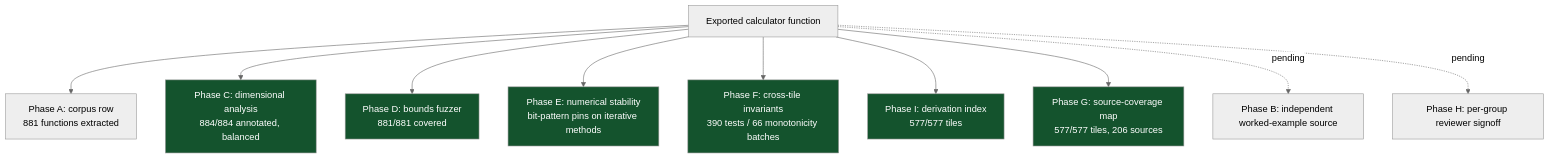
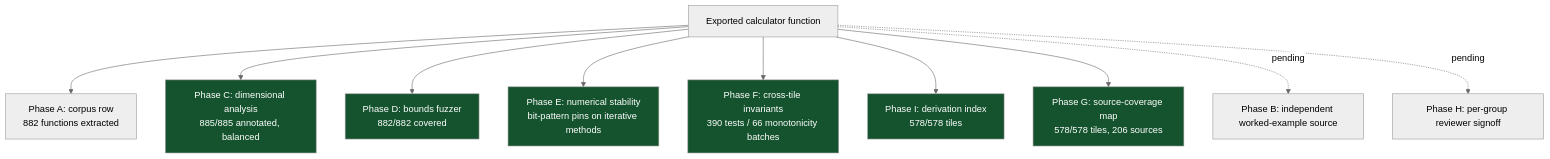
One commit to clay-good/roughlogic.com changed the fourth of 6 diagrams in README.md. Above: the diagram before and after it, drawn with Mermaid (neutral theme). The commit also changed other lines of this file and 16 other files, not shown here.

````diff
--- a/README.md
+++ b/README.md
@@ -296,18 +298,18 @@
 ```mermaid
 flowchart TB
-    F[Exported calculator function] --> A[Phase A: corpus row\n881 functions extracted]
-    F --> C[Phase C: dimensional analysis\n884/884 annotated, balanced]
-    F --> D[Phase D: bounds fuzzer\n881/881 covered]
+    F[Exported calculator function] --> A[Phase A: corpus row\n882 functions extracted]
+    F --> C[Phase C: dimensional analysis\n885/885 annotated, balanced]
+    F --> D[Phase D: bounds fuzzer\n882/882 covered]
     F --> E[Phase E: numerical stability\nbit-pattern pins on iterative methods]
     F --> Fa[Phase F: cross-tile invariants\n390 tests / 66 monotonicity batches]
-    F --> I[Phase I: derivation index\n577/577 tiles]
-    F --> G[Phase G: source-coverage map\n577/577 tiles, 206 sources]
+    F --> I[Phase I: derivation index\n578/578 tiles]
+    F --> G[Phase G: source-coverage map\n578/578 tiles, 206 sources]
     F -.pending.-> B[Phase B: independent worked-example source]
     F -.pending.-> H[Phase H: per-group reviewer signoff]
     style C fill:#14532d,color:#fff
     style D fill:#14532d,color:#fff
     style E fill:#14532d,color:#fff
     style Fa fill:#14532d,color:#fff
     style G fill:#14532d,color:#fff
     style I fill:#14532d,color:#fff
 ```
````
